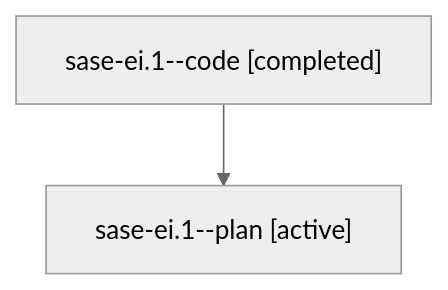
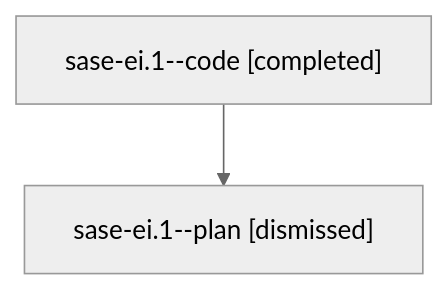
One commit to sase-org/sase--agents changed the diagram in sessions/bbugyi200.athena.sase-ei.1.md. Above: the diagram before and after it, drawn with Mermaid (neutral theme). The commit also changed other lines of this file and 62 other files, not shown here.

````diff
--- a/sessions/bbugyi200.athena.sase-ei.1.md
+++ b/sessions/bbugyi200.athena.sase-ei.1.md
@@ -9,6 +9,6 @@
 ```mermaid
 flowchart TD
   n0["sase-ei.1--code [completed]"]
-  n1["sase-ei.1--plan [active]"]
+  n1["sase-ei.1--plan [dismissed]"]
   n0 --> n1
 ```
````
